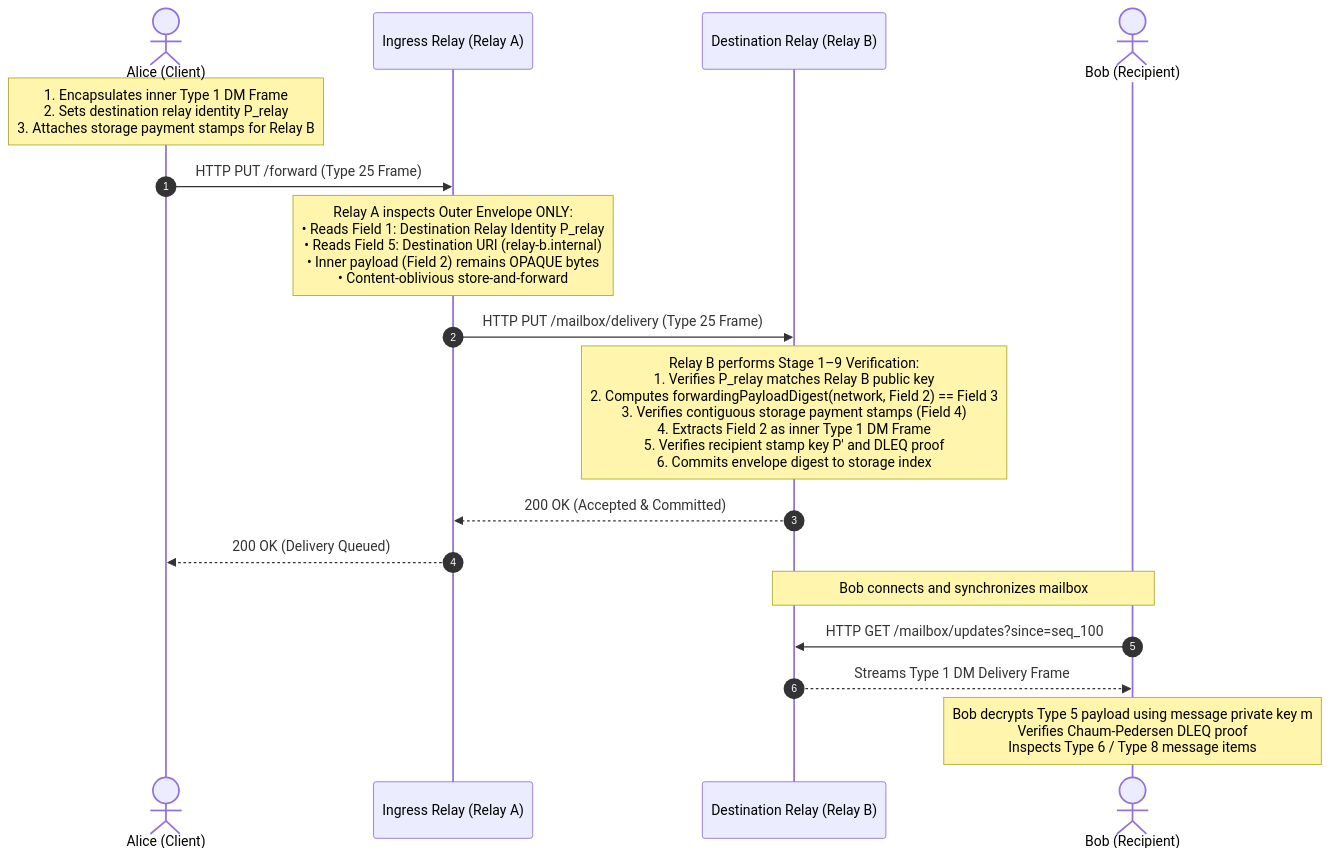
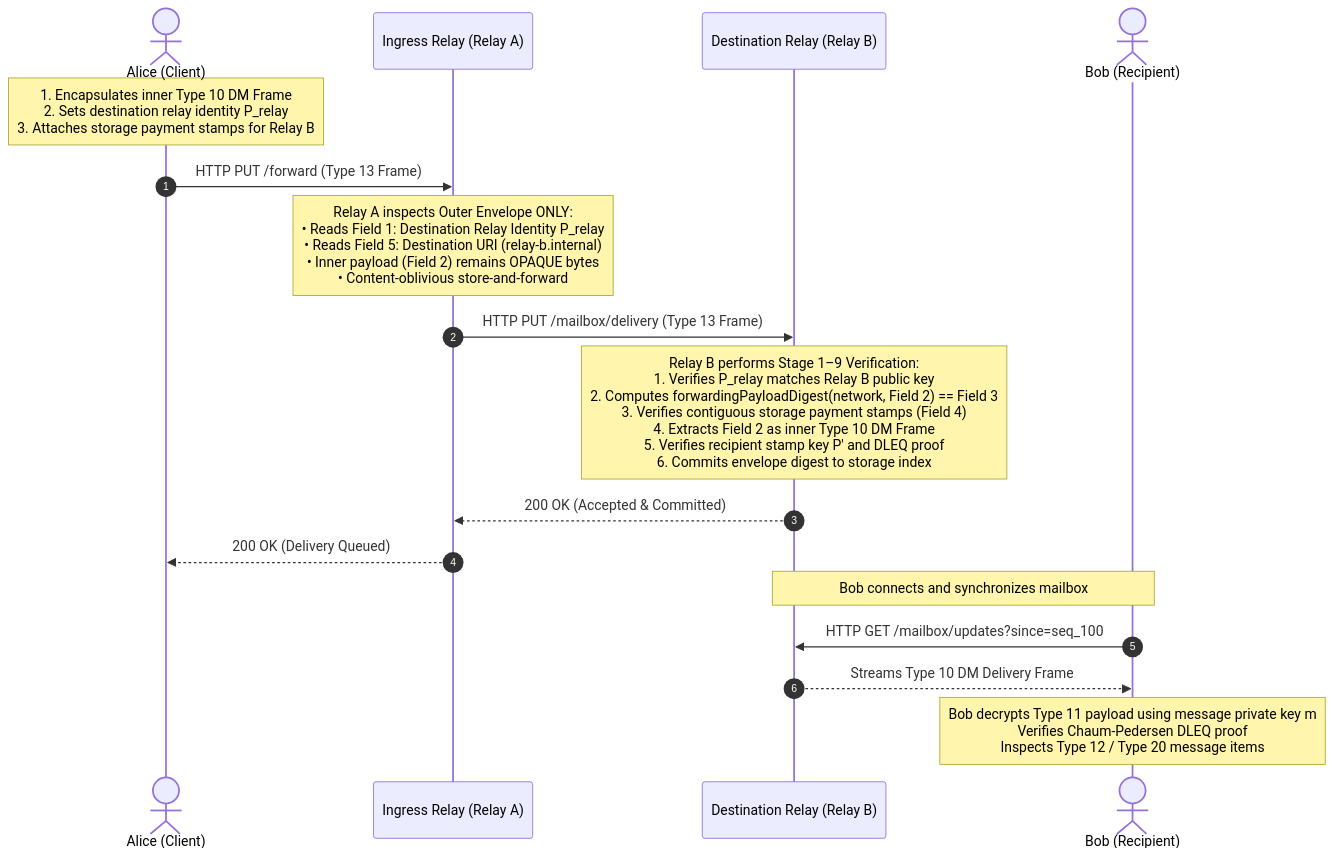
One commit to schancel/frank changed the second of 3 diagrams in docs/vitepress-architecture-and-scaffold.md. Above: the diagram before and after it, drawn with Mermaid. The commit also changed other lines of this file and 13 other files, not shown here.

````diff
--- a/docs/vitepress-architecture-and-scaffold.md
+++ b/docs/vitepress-architecture-and-scaffold.md
@@ -127,26 +127,26 @@
 ```mermaid
 sequenceDiagram
     autonumber
     actor Alice as Alice (Client)
     participant RelayA as Ingress Relay (Relay A)
     participant RelayB as Destination Relay (Relay B)
     actor Bob as Bob (Recipient)
 
-    Note over Alice: 1. Encapsulates inner Type 1 DM Frame<br/>2. Sets destination relay identity P_relay<br/>3. Attaches storage payment stamps for Relay B
-    Alice->>RelayA: HTTP PUT /forward (Type 25 Frame)
+    Note over Alice: 1. Encapsulates inner Type 10 DM Frame<br/>2. Sets destination relay identity P_relay<br/>3. Attaches storage payment stamps for Relay B
+    Alice->>RelayA: HTTP PUT /forward (Type 13 Frame)
 
     Note over RelayA: Relay A inspects Outer Envelope ONLY:<br/>• Reads Field 1: Destination Relay Identity P_relay<br/>• Reads Field 5: Destination URI (relay-b.internal)<br/>• Inner payload (Field 2) remains OPAQUE bytes<br/>• Content-oblivious store-and-forward
 
-    RelayA->>RelayB: HTTP PUT /mailbox/delivery (Type 25 Frame)
+    RelayA->>RelayB: HTTP PUT /mailbox/delivery (Type 13 Frame)
 
-    Note over RelayB: Relay B performs Stage 1–9 Verification:<br/>1. Verifies P_relay matches Relay B public key<br/>2. Computes forwardingPayloadDigest(network, Field 2) == Field 3<br/>3. Verifies contiguous storage payment stamps (Field 4)<br/>4. Extracts Field 2 as inner Type 1 DM Frame<br/>5. Verifies recipient stamp key P' and DLEQ proof<br/>6. Commits envelope digest to storage index
+    Note over RelayB: Relay B performs Stage 1–9 Verification:<br/>1. Verifies P_relay matches Relay B public key<br/>2. Computes forwardingPayloadDigest(network, Field 2) == Field 3<br/>3. Verifies contiguous storage payment stamps (Field 4)<br/>4. Extracts Field 2 as inner Type 10 DM Frame<br/>5. Verifies recipient stamp key P' and DLEQ proof<br/>6. Commits envelope digest to storage index
 
     RelayB-->>RelayA: 200 OK (Accepted & Committed)
     RelayA-->>Alice: 200 OK (Delivery Queued)
 
     Note over RelayB,Bob: Bob connects and synchronizes mailbox
     Bob->>RelayB: HTTP GET /mailbox/updates?since=seq_100
-    RelayB-->>Bob: Streams Type 1 DM Delivery Frame
+    RelayB-->>Bob: Streams Type 10 DM Delivery Frame
 
-    Note over Bob: Bob decrypts Type 5 payload using message private key m<br/>Verifies Chaum-Pedersen DLEQ proof<br/>Inspects Type 6 / Type 8 message items
+    Note over Bob: Bob decrypts Type 11 payload using message private key m<br/>Verifies Chaum-Pedersen DLEQ proof<br/>Inspects Type 12 / Type 20 message items
 ```
````
